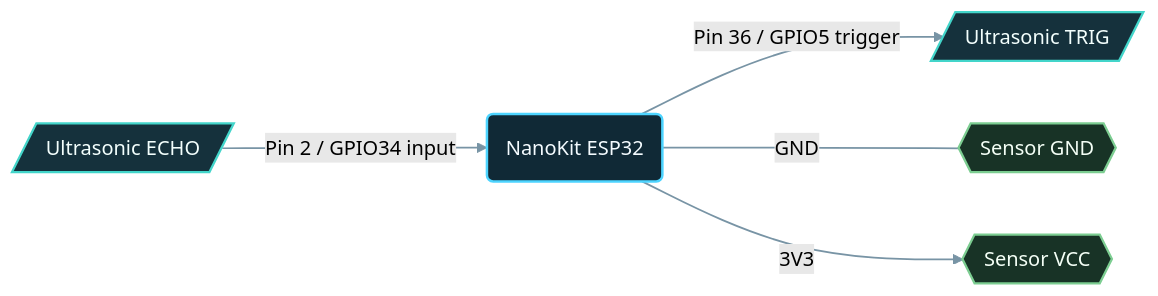
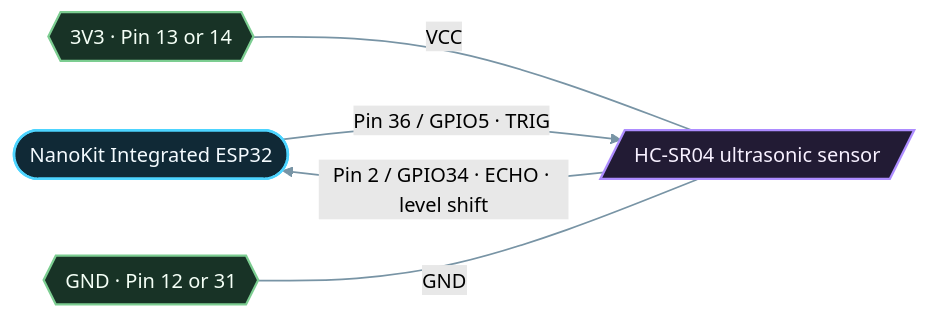
Before and after one commit to ProAmineOfficial/NanoKit-ESP32: the diagram in examples_on_platformio/ultrasonic_distance/images/connection-diagram.md, drawn with Mermaid (forest theme). The commit also changed other lines of this file and 97 other files, not shown here.

````diff
--- a/examples_on_platformio/ultrasonic_distance/images/connection-diagram.md
+++ b/examples_on_platformio/ultrasonic_distance/images/connection-diagram.md
@@ -5,15 +7,31 @@
 ```mermaid
 flowchart LR
-  NK("NanoKit ESP32") -->|Pin 36 / GPIO5 trigger| TRIG[/Ultrasonic TRIG/]
-  ECHO[/Ultrasonic ECHO/] -->|Pin 2 / GPIO34 input| NK
-  NK ---|GND| GND{{Sensor GND}}
-  NK -->|3V3| VCC{{Sensor VCC}}
+  FW_main(["NanoKit Integrated ESP32"])
+  C_hcsr04[/"HC-SR04 ultrasonic sensor"/]
+  FW_main -->|"Pin 36 / GPIO5 · TRIG"| C_hcsr04
+  C_hcsr04 -->|"Pin 2 / GPIO34 · ECHO · level shift"| FW_main
+  RAIL_3V3 ---|"VCC"| C_hcsr04
+  RAIL_GND ---|"GND"| C_hcsr04
+  RAIL_3V3{{"3V3 · Pin 13 or 14"}}
+  RAIL_GND{{"GND · Pin 12 or 31"}}
 
   classDef controller fill:#102936,stroke:#4dd4ff,stroke-width:2px,color:#f4fbff
-  classDef io fill:#15313c,stroke:#43d5ca,stroke-width:1.8px,color:#f3fffd
+  classDef node fill:#12334c,stroke:#66d4ff,stroke-width:1.8px,color:#f3f7ff
+  classDef sensor fill:#221b34,stroke:#ad8cff,stroke-width:1.8px,color:#f7f0ff
+  classDef actuator fill:#37251a,stroke:#f0a560,stroke-width:1.8px,color:#fff8ef
+  classDef driver fill:#2e2116,stroke:#f0a24a,stroke-width:1.8px,color:#fff6eb
+  classDef storage fill:#2a2f3d,stroke:#9fb0c8,stroke-width:1.8px,color:#f3f7ff
+  classDef display fill:#3c2349,stroke:#e3a0ed,stroke-width:1.8px,color:#f3f7ff
+  classDef comm fill:#0d2929,stroke:#4ed6c4,stroke-width:1.8px,color:#edfffc
   classDef power fill:#183326,stroke:#7ccd91,stroke-width:1.8px,color:#f4fff6
-  class NK controller
-  class TRIG,ECHO io
-  class GND,VCC power
+  classDef bus fill:#1c2f4d,stroke:#8fb3ff,stroke-width:1.8px,color:#f3f7ff
+  classDef external fill:#28263a,stroke:#9ea9ff,stroke-width:1.8px,color:#f7f6ff
+  classDef other fill:#1f2430,stroke:#b0b8c6,stroke-width:1.6px,color:#f3f7ff
+  classDef proposed stroke-dasharray:6 4,stroke:#e0c45b,color:#fff9de
+  classDef blocked stroke-dasharray:3 3,stroke:#ef747d,color:#fff3f4
   linkStyle default stroke:#7894a5,stroke-width:1.4px
+  class FW_main controller
+  class C_hcsr04 sensor
+  class RAIL_3V3 power
+  class RAIL_GND power
 ```
````
